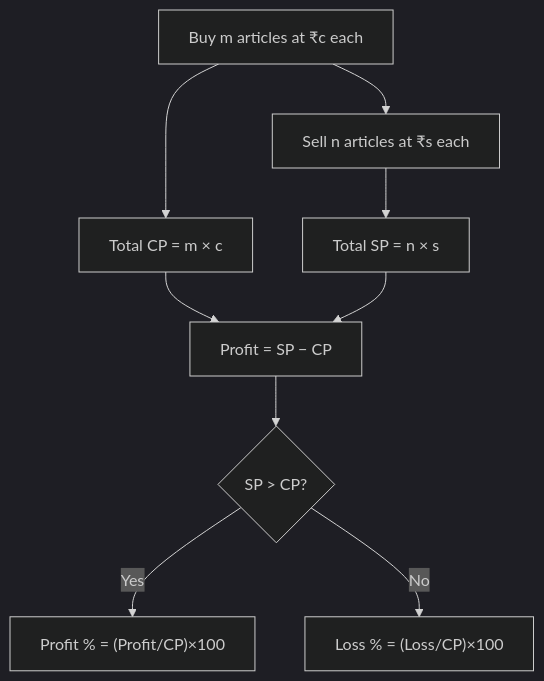
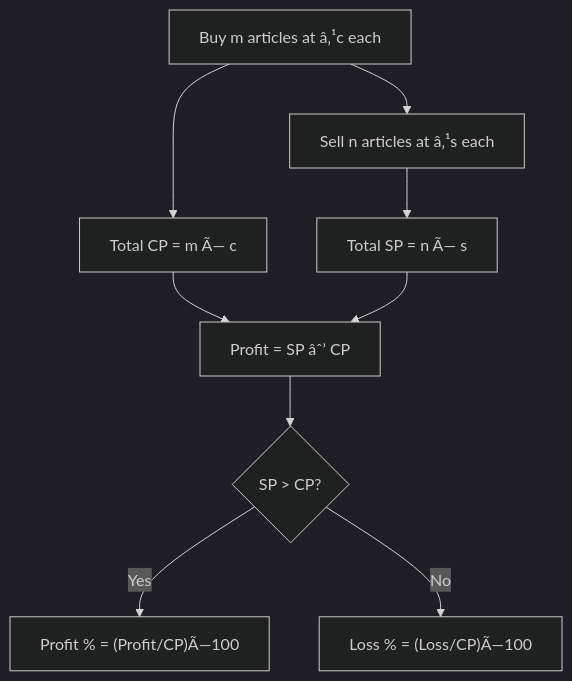
One commit to Raushan666java/ai-engineering-journey changed the tenth of 11 diagrams in docs/courses/quantitative-aptitude/01-arithmetic-foundation.md. Above: the diagram before and after it, drawn with Mermaid (dark theme). The commit also changed other lines of this file and 735 other files, not shown here.

````diff
--- a/docs/courses/quantitative-aptitude/01-arithmetic-foundation.md
+++ b/docs/courses/quantitative-aptitude/01-arithmetic-foundation.md
@@ -1095,11 +1095,11 @@
 ```mermaid
 flowchart TD
-    A["Buy m articles at ₹c each"] --> B["Total CP = m × c"]
-    A --> C["Sell n articles at ₹s each"]
-    C --> D["Total SP = n × s"]
-    B --> E["Profit = SP − CP"]
+    A["Buy m articles at â‚¹c each"] --> B["Total CP = m Ã— c"]
+    A --> C["Sell n articles at â‚¹s each"]
+    C --> D["Total SP = n Ã— s"]
+    B --> E["Profit = SP âˆ’ CP"]
     D --> E
     E --> F{"SP > CP?"}
-    F -->|"Yes"| G["Profit % = (Profit/CP)×100"]
-    F -->|"No"| H["Loss % = (Loss/CP)×100"]
+    F -->|"Yes"| G["Profit % = (Profit/CP)Ã—100"]
+    F -->|"No"| H["Loss % = (Loss/CP)Ã—100"]
 ```
````
